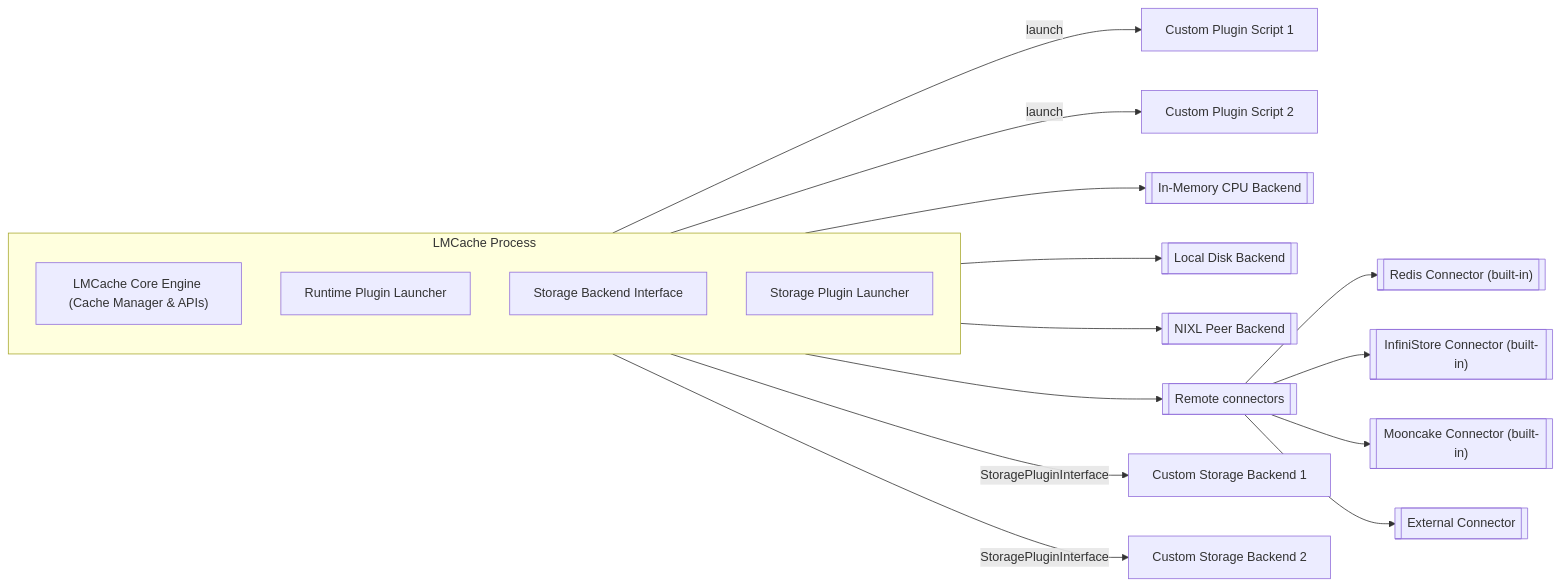
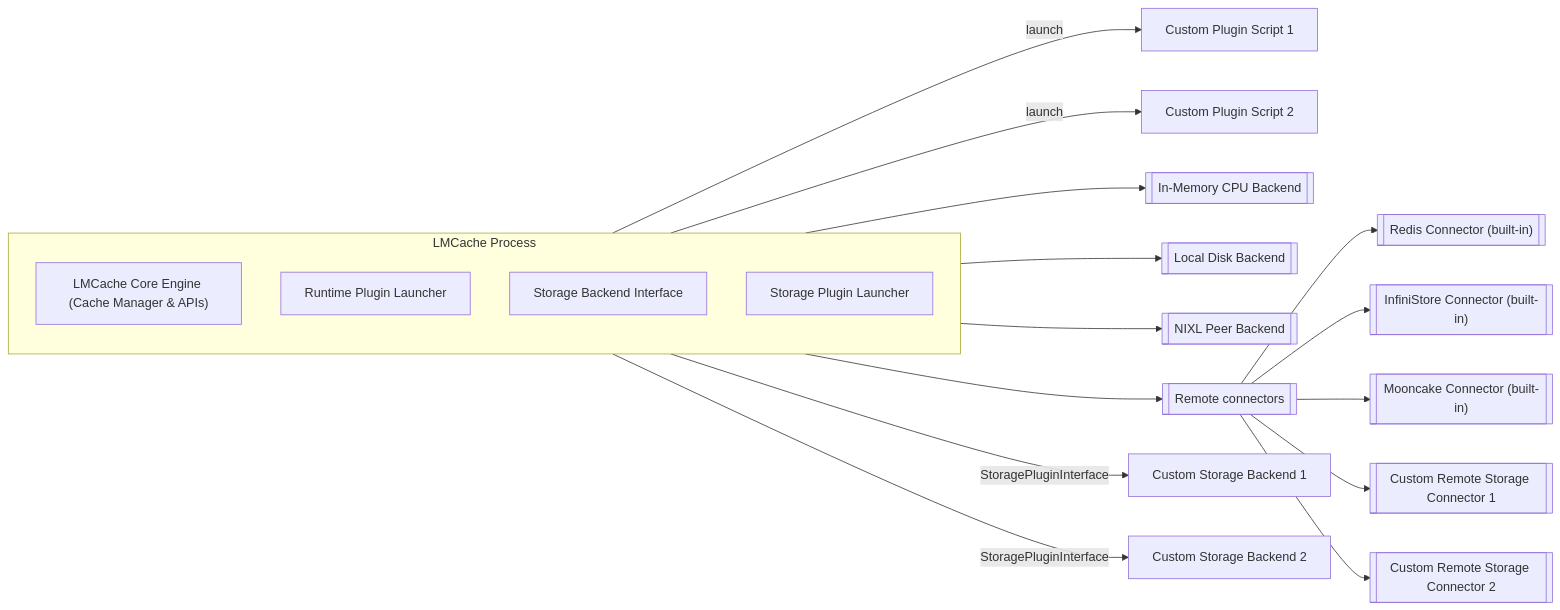
The diagram in docs/source/developer_guide/extending_lmcache/index.rst (1747985437lz-pixel/lmcache), drawn with Mermaid before and after one commit. The commit also changed other lines of this file and 5 other files, not shown here.

```diff
--- a/docs/source/developer_guide/extending_lmcache/index.rst
+++ b/docs/source/developer_guide/extending_lmcache/index.rst
@@ -10,26 +11,27 @@
 .. mermaid::
 
    flowchart LR
       subgraph "LMCache Process"
          direction TB
          core["LMCache Core Engine (Cache Manager & APIs)"]
          runtimePluginMgr["Runtime Plugin Launcher"]
          backendMgr["Storage Backend Interface"]
          storagePluginMgr["Storage Plugin Launcher"]
       end
 
       runtimePluginMgr -->|"launch"| plugin1["Custom Plugin Script 1"]
       runtimePluginMgr -->|"launch"| plugin2["Custom Plugin Script 2"]
 
       backendMgr --> CPUBackend[["In-Memory CPU Backend"]]
       backendMgr --> DiskBackend[["Local Disk Backend"]]
       backendMgr --> NIXLBackend[["NIXL Peer Backend"]]
       backendMgr --> RemoteBackend[["Remote connectors"]]
 
       RemoteBackend --> RedisConnector[["Redis Connector (built-in)"]]
       RemoteBackend --> InfiniConnector[["InfiniStore Connector (built-in)"]]
       RemoteBackend --> MooncakeConnector[["Mooncake Connector (built-in)"]]
-      RemoteBackend --> CustomConnector[["External Connector"]]
+      RemoteBackend --> CustomConnector1[["Custom Remote Storage Connector 1"]]
+      RemoteBackend --> CustomConnector2[["Custom Remote Storage Connector 2"]]
 
       storagePluginMgr --> |"StoragePluginInterface"| strplugin1["Custom Storage Backend 1"]
       storagePluginMgr --> |"StoragePluginInterface"| strplugin2["Custom Storage Backend 2"]
```
